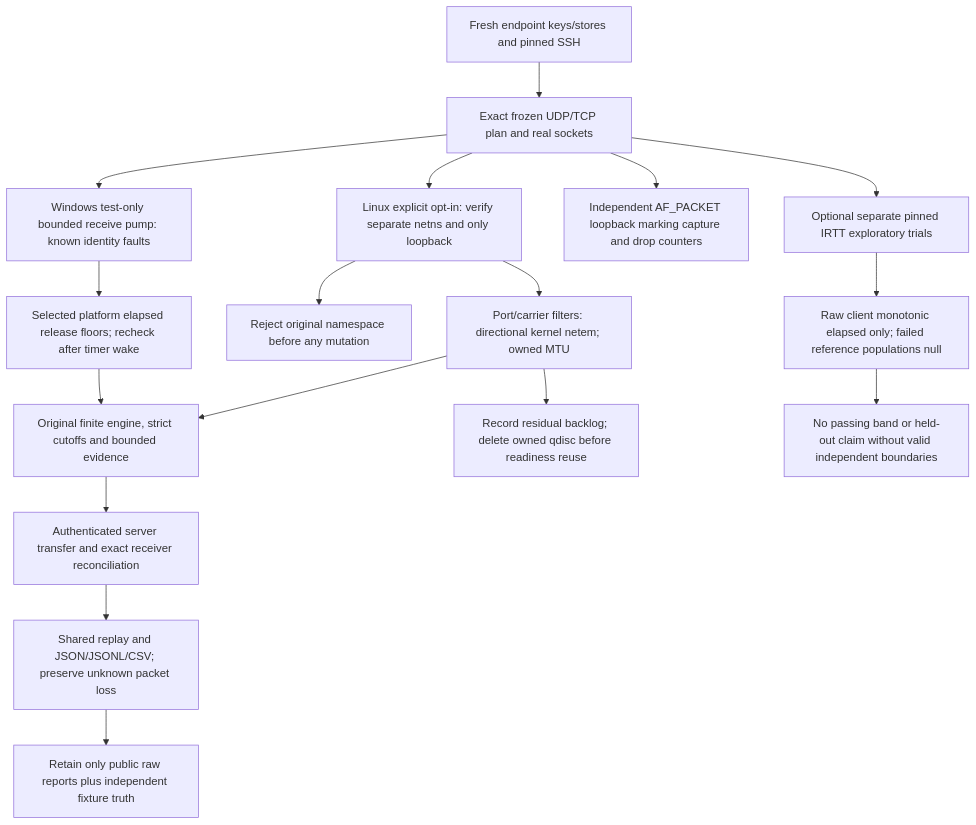
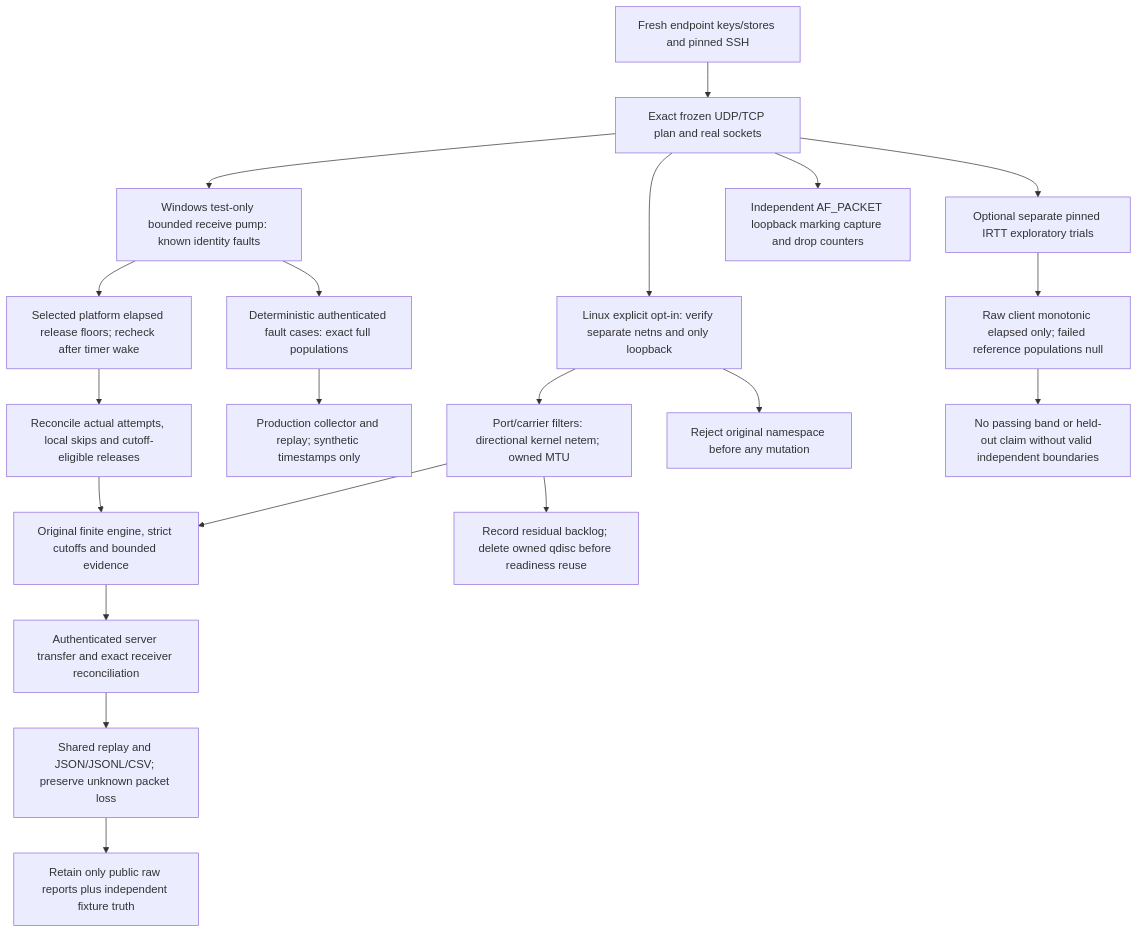
Before and after one commit to rashidbestry/sneaky-port: diagram 30 of 30 in FLOWCHART.md, drawn with Mermaid. The commit also changed other lines of this file and 4 other files, not shown here.

````diff
--- a/FLOWCHART.md
+++ b/FLOWCHART.md
@@ -752,19 +752,22 @@
 ```mermaid
 flowchart TD
     A[Fresh endpoint keys/stores and pinned SSH] --> B[Exact frozen UDP/TCP plan and real sockets]
     B --> C[Windows test-only bounded receive pump: known identity faults]
     B --> D[Linux explicit opt-in: verify separate netns and only loopback]
     D --> E[Port/carrier filters: directional kernel netem; owned MTU]
     D --> F[Reject original namespace before any mutation]
     C --> S[Selected platform elapsed release floors; recheck after timer wake]
-    S --> G[Original finite engine, strict cutoffs and bounded evidence]
+    S --> P[Reconcile actual attempts, local skips and cutoff-eligible releases]
+    P --> G[Original finite engine, strict cutoffs and bounded evidence]
+    C --> Q[Deterministic authenticated fault cases: exact full populations]
+    Q --> R[Production collector and replay; synthetic timestamps only]
     E --> G
     G --> H[Authenticated server transfer and exact receiver reconciliation]
     H --> I[Shared replay and JSON/JSONL/CSV; preserve unknown packet loss]
     I --> J[Retain only public raw reports plus independent fixture truth]
     E --> K[Record residual backlog; delete owned qdisc before readiness reuse]
     B --> L[Independent AF_PACKET loopback marking capture and drop counters]
     B --> M[Optional separate pinned IRTT exploratory trials]
     M --> N[Raw client monotonic elapsed only; failed reference populations null]
     N --> O[No passing band or held-out claim without valid independent boundaries]
 ```
````
